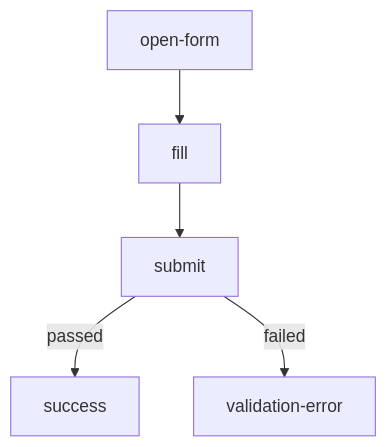
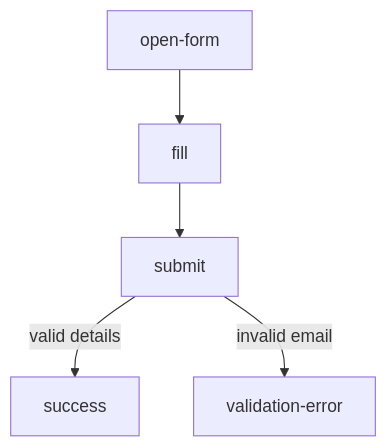
One commit to daveconstell/flowspec changed the first of 2 diagrams in public/spec-final.md. Above: the diagram before and after it, drawn with Mermaid. The commit also changed other lines of this file and 3 other files, not shown here.

````diff
--- a/public/spec-final.md
+++ b/public/spec-final.md
@@ -346,7 +376,7 @@
 ```mermaid
 flowchart TD
   open-form --> fill
   fill --> submit
-  submit -->|passed| success
-  submit -->|failed| validation-error
+  submit -->|valid details| success
+  submit -->|invalid email| validation-error
 ```
````
